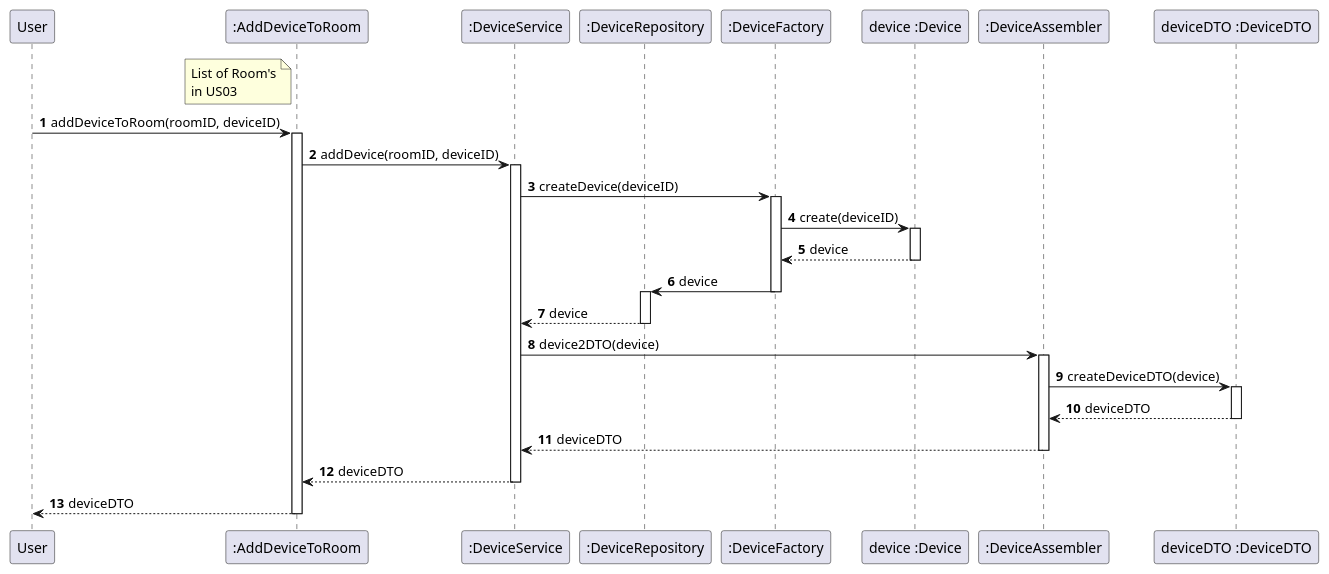
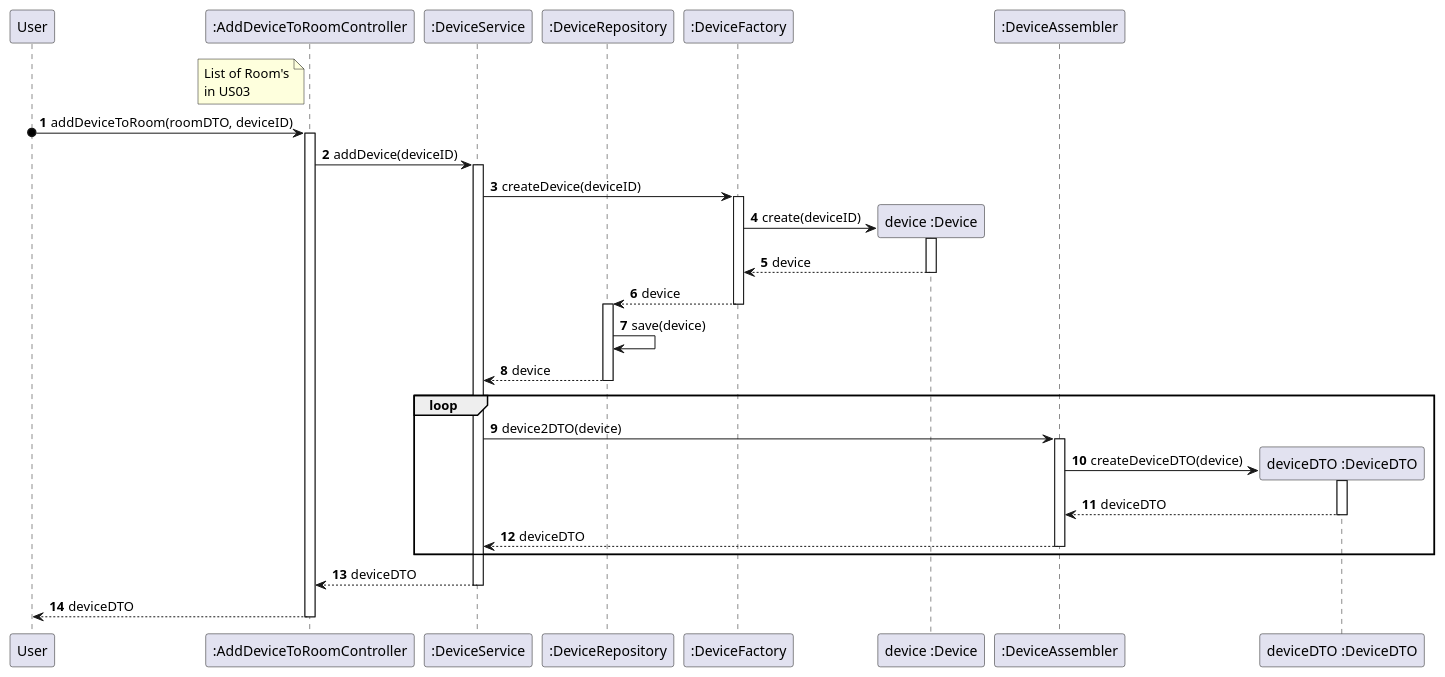
The diagram in docs/ood/sequenceDiagram/US05AddDeviceToRoom.puml (olivDiogo/SmartHome), drawn with PlantUML before and after one commit.

Commit message:
#123 Update sequence diagram US05

```diff
--- a/docs/ood/sequenceDiagram/US05AddDeviceToRoom.puml
+++ b/docs/ood/sequenceDiagram/US05AddDeviceToRoom.puml
@@ -1,54 +1,63 @@
 @startuml
 !pragma layout smetana
 
 participant User as User
-participant ":AddDeviceToRoom" as Controller
+participant ":AddDeviceToRoomController" as Controller
 participant ":DeviceService" as Service
 participant ":DeviceRepository" as Repository
 participant ":DeviceFactory" as Factory
 participant "device :Device" as Device
 participant ":DeviceAssembler" as DeviceAssembler
 participant "deviceDTO :DeviceDTO" as DeviceDTO
 autonumber
 
 note left of Controller
     List of Room's
     in US03
 end note
 
-User -> Controller : addDeviceToRoom(roomID, deviceID)
+User o-> Controller : addDeviceToRoom(roomDTO, deviceID)
 activate Controller
 
-Controller -> Service : addDevice(roomID, deviceID)
+Controller -> Service : addDevice(deviceID)
 activate Service
 
 Service -> Factory : createDevice(deviceID)
 activate Factory
 
+create Device
 Factory -> Device : create(deviceID)
+
 activate Device
 Device --> Factory : device
 deactivate Device
 
-Factory -> Repository : device
+Factory --> Repository : device
 deactivate Factory
 
 activate Repository
+Repository -> Repository : save(device)
 Repository --> Service : device
 deactivate Repository
 
+loop
 Service -> DeviceAssembler : device2DTO(device)
+create DeviceDTO
+
 activate DeviceAssembler
 DeviceAssembler -> DeviceDTO : createDeviceDTO(device)
+
 activate DeviceDTO
 DeviceDTO --> DeviceAssembler : deviceDTO
 deactivate DeviceDTO
+
 DeviceAssembler --> Service : deviceDTO
 deactivate DeviceAssembler
 
+end loop
 Service --> Controller : deviceDTO
 deactivate Service
 
 Controller --> User : deviceDTO
 deactivate Controller
 @enduml
```
